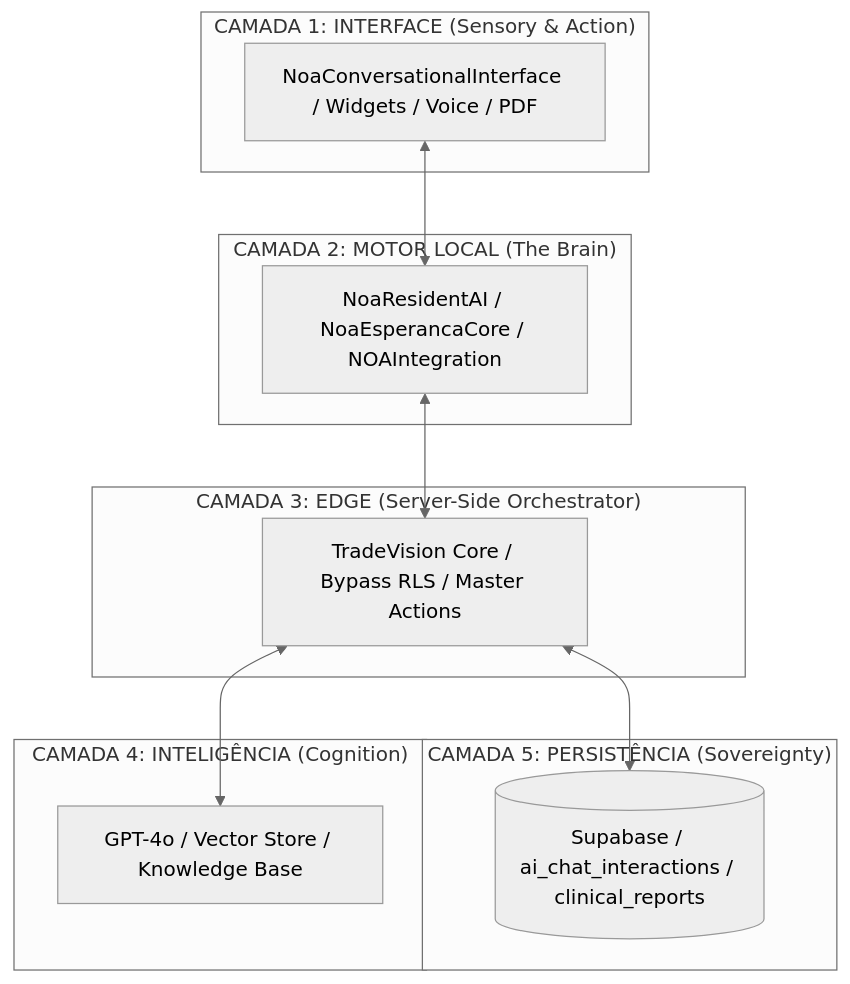
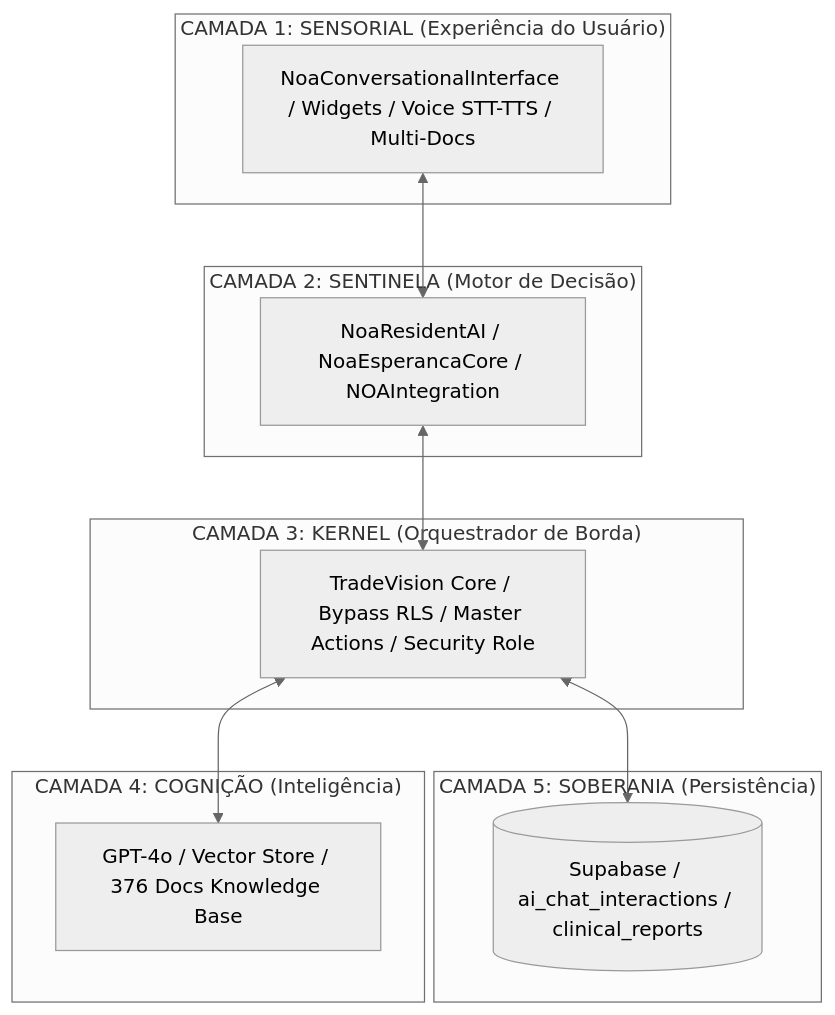
Before and after one commit to OrbitrumConnect/medcannlab5: the diagram in MAPA_DE_CAPACIDADES_IA_MEDCANNLAB.md, drawn with Mermaid (neutral theme). The commit also changed other lines of this file, not shown here.

````diff
--- a/MAPA_DE_CAPACIDADES_IA_MEDCANNLAB.md
+++ b/MAPA_DE_CAPACIDADES_IA_MEDCANNLAB.md
@@ -23,27 +24,27 @@
 ```mermaid
 graph TD
-    subgraph "CAMADA 5: PERSISTÊNCIA (Sovereignty)"
+    subgraph "CAMADA 5: SOBERANIA (Persistência)"
         DB[(Supabase / ai_chat_interactions / clinical_reports)]
     end
 
-    subgraph "CAMADA 4: INTELIGÊNCIA (Cognition)"
-        LLM[GPT-4o / Vector Store / Knowledge Base]
+    subgraph "CAMADA 4: COGNIÇÃO (Inteligência)"
+        LLM[GPT-4o / Vector Store / 376 Docs Knowledge Base]
     end
 
-    subgraph "CAMADA 3: EDGE (Server-Side Orchestrator)"
-        TVC[TradeVision Core / Bypass RLS / Master Actions]
+    subgraph "CAMADA 3: KERNEL (Orquestrador de Borda)"
+        TVC[TradeVision Core / Bypass RLS / Master Actions / Security Role]
     end
 
-    subgraph "CAMADA 2: MOTOR LOCAL (The Brain)"
+    subgraph "CAMADA 2: SENTINELA (Motor de Decisão)"
         NRAI[NoaResidentAI / NoaEsperancaCore / NOAIntegration]
     end
 
-    subgraph "CAMADA 1: INTERFACE (Sensory & Action)"
-        NCI[NoaConversationalInterface / Widgets / Voice / PDF]
+    subgraph "CAMADA 1: SENSORIAL (Experiência do Usuário)"
+        NCI[NoaConversationalInterface / Widgets / Voice STT-TTS / Multi-Docs]
     end
 
     NCI <--> NRAI
     NRAI <--> TVC
     TVC <--> LLM
     TVC <--> DB
 ```
````
